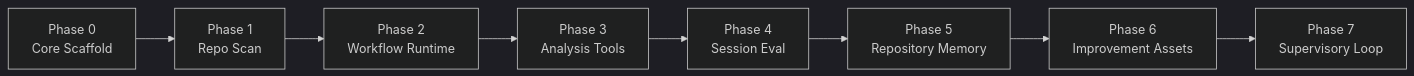
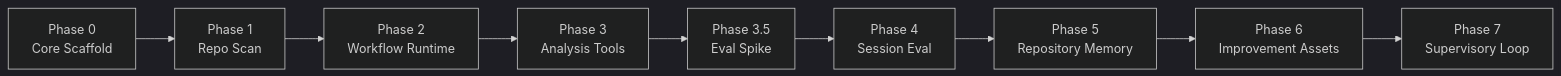
Before and after one commit to muyuzhong/AgentOps: the diagram in docs/development-roadmap.md, drawn with Mermaid (dark theme). The commit also changed other lines of this file and 4 other files, not shown here.

First line of the commit message:
docs: add declaration-vs-truth model, phase 3.5 eval spike, and recommendation-engine design

````diff
--- a/docs/development-roadmap.md
+++ b/docs/development-roadmap.md
@@ -19,10 +32,11 @@
 ```mermaid
 flowchart LR
     P0["Phase 0<br/>Core Scaffold"] --> P1["Phase 1<br/>Repo Scan"]
     P1 --> P2["Phase 2<br/>Workflow Runtime"]
     P2 --> P3["Phase 3<br/>Analysis Tools"]
-    P3 --> P4["Phase 4<br/>Session Eval"]
+    P3 --> P35["Phase 3.5<br/>Eval Spike"]
+    P35 --> P4["Phase 4<br/>Session Eval"]
     P4 --> P5["Phase 5<br/>Repository Memory"]
     P5 --> P6["Phase 6<br/>Improvement Assets"]
     P6 --> P7["Phase 7<br/>Supervisory Loop"]
 ```
````
